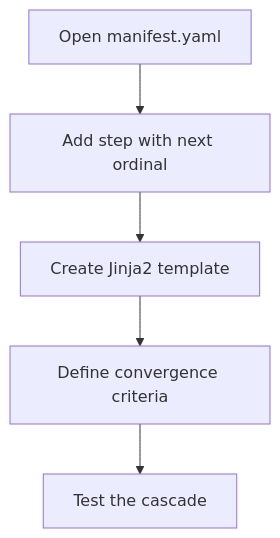
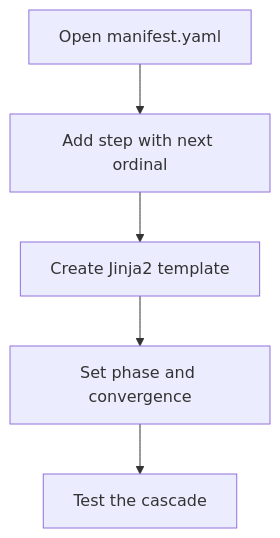
The diagram in kask/docs/diataxis/hkask-templates/how-to.md (mdz-axo/zed-kask), drawn with Mermaid before and after one commit. The commit also changed other lines of this file and 33 other files, not shown here.

````diff
--- a/kask/docs/diataxis/hkask-templates/how-to.md
+++ b/kask/docs/diataxis/hkask-templates/how-to.md
@@ -26,7 +33,7 @@
 ```mermaid
 flowchart TD
     A[Open manifest.yaml] --> B[Add step with next ordinal]
     B --> C[Create Jinja2 template]
-    C --> D[Define convergence criteria]
+    C --> D[Set phase and convergence]
     D --> E[Test the cascade]
 ```
````
